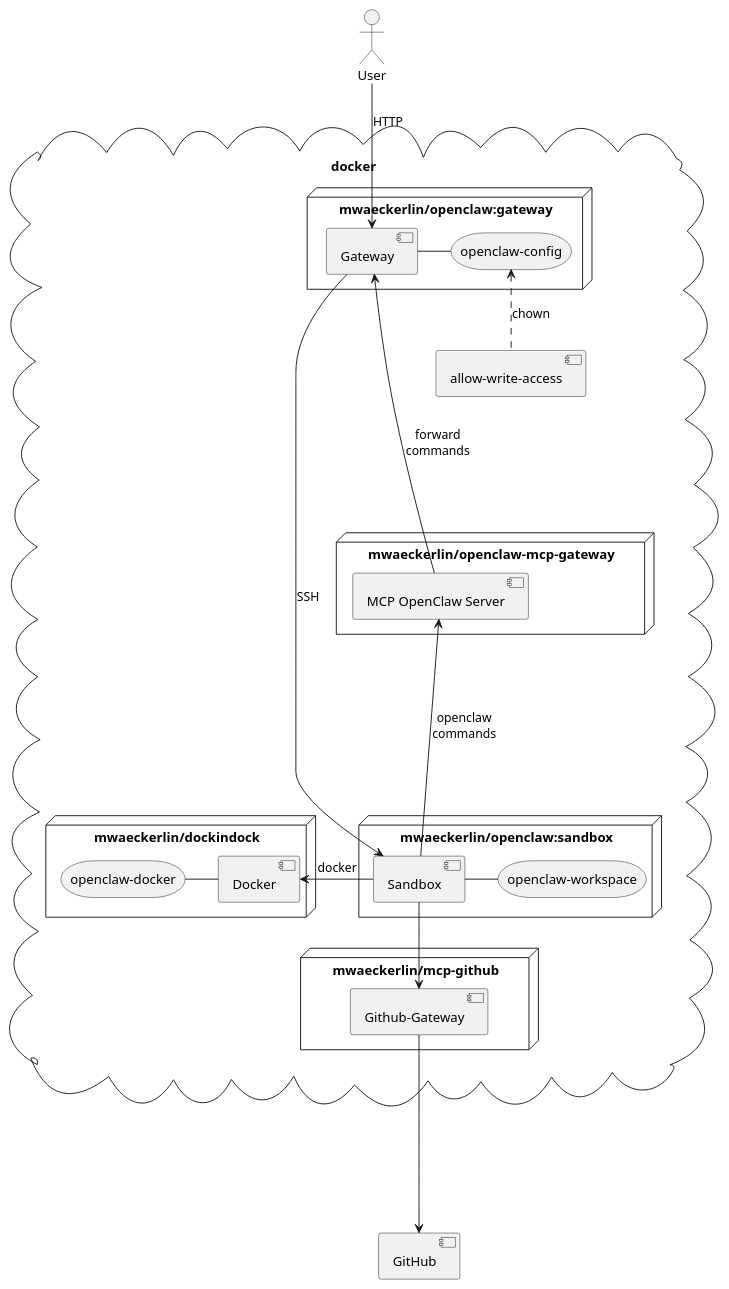
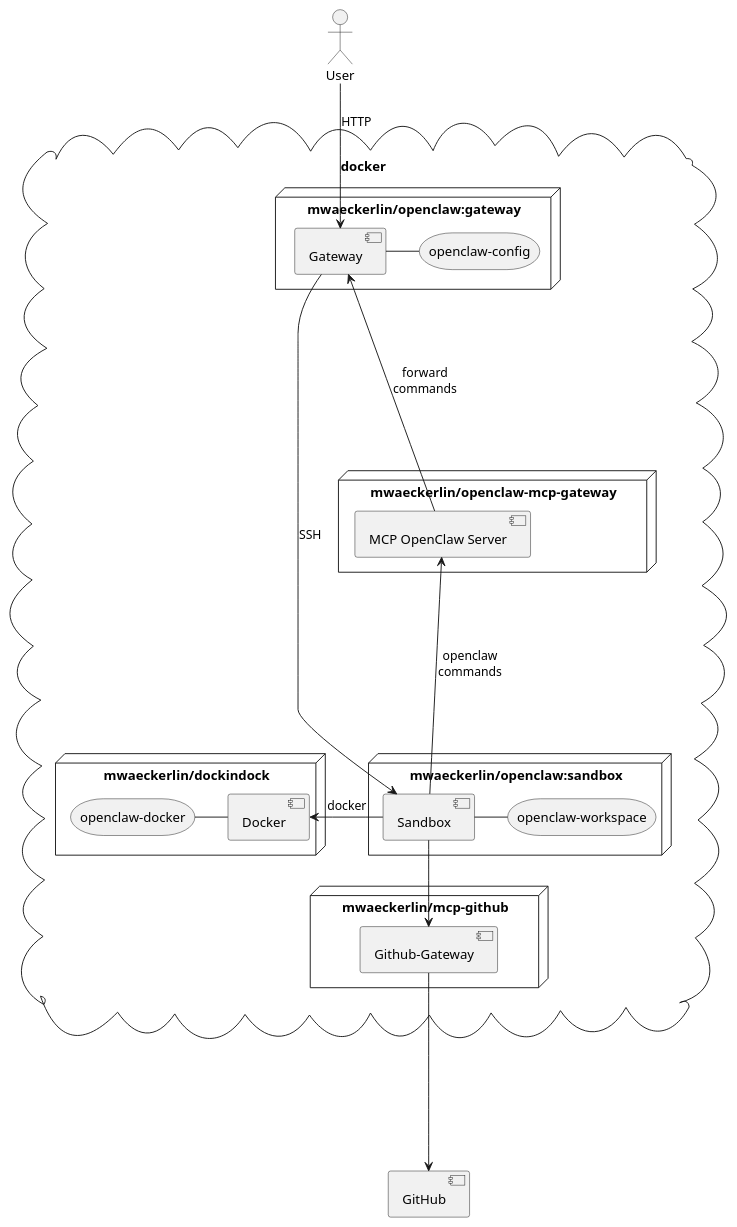
One commit to mwaeckerlin/openclaw changed the second of 2 diagrams in README.md. Above: the diagram before and after it, drawn with PlantUML. The commit also changed other lines of this file and 15 other files, not shown here.

````diff
--- a/README.md
+++ b/README.md
@@ -95,46 +116,43 @@
 ```plantuml
 
 @startuml architecture
 actor User as user
 
 cloud docker {
 
   node "mwaeckerlin/openclaw:gateway" as gw {
     [Gateway] as ctrl
     storage "openclaw-config" as cfg
     ctrl - cfg
   }
 
   node "mwaeckerlin/openclaw-mcp-gateway" {
     [MCP OpenClaw Server] as mcp
   }
 
   node "mwaeckerlin/openclaw:sandbox" as sb {
     [Sandbox] as sshd
     storage "openclaw-workspace" as ws
     sshd -right- ws
   }
 
   node "mwaeckerlin/dockindock" as dind {
     [Docker] as dd
     storage "openclaw-docker" as dv
     dd -left- dv
   }
 
   node "mwaeckerlin/mcp-github" {
     [Github-Gateway] as gh
   }
-
-  component "allow-write-access" as aw
 }
 
 user --> ctrl : "HTTP"
 ctrl --> sshd : "SSH"
 sshd --up--> mcp : openclaw\ncommands
 mcp --up--> ctrl : forward\ncommands
 sshd -left-> dd : docker
-aw .up.> cfg : chown
 sshd --> gh
 gh ----> [GitHub]
 @enduml
 ```
````
